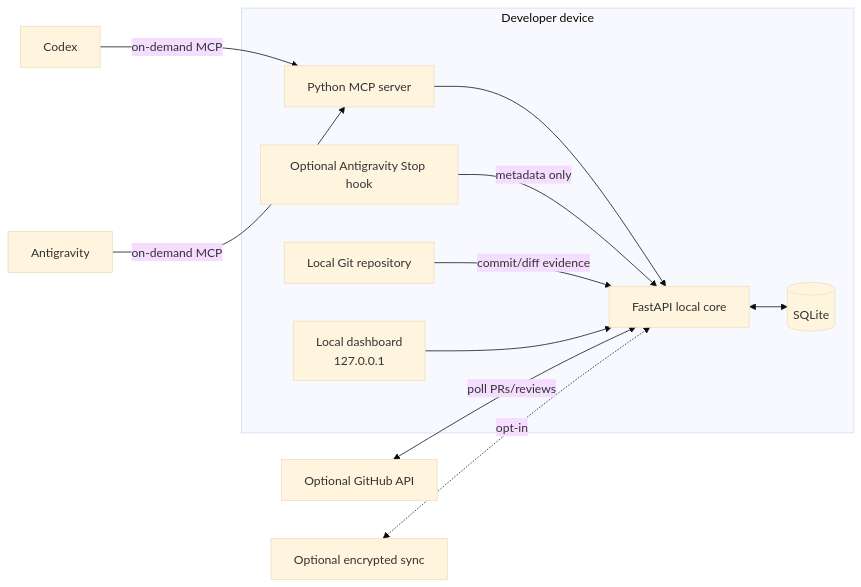
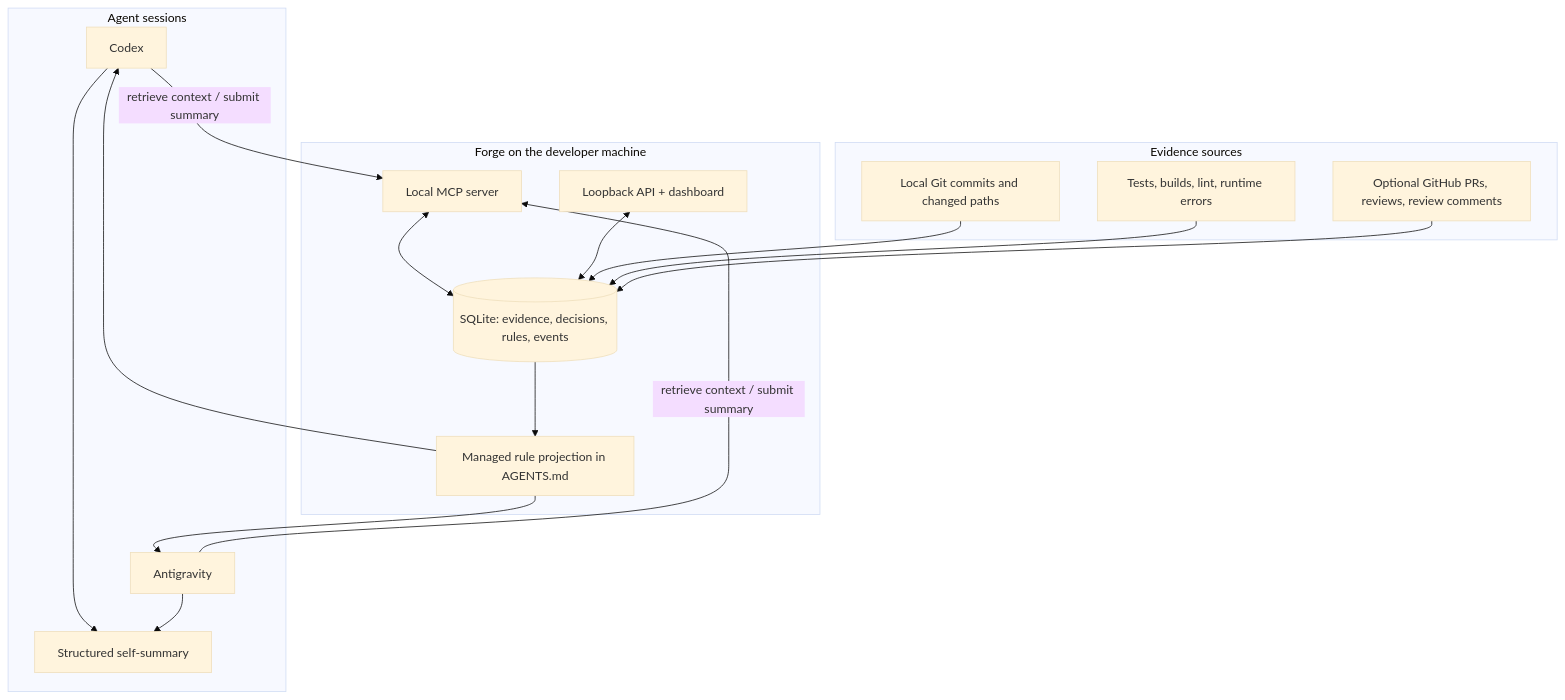
One commit to jeel1566/Forge changed the first of 2 diagrams in docs/ARCHITECTURE.md. Above: the diagram before and after it, drawn with Mermaid (base theme). The commit also changed other lines of this file and 40 other files, not shown here.

Commit message:
feat: harden local sync and document Forge v1

````diff
--- a/docs/ARCHITECTURE.md
+++ b/docs/ARCHITECTURE.md
@@ -5,20 +11,33 @@
 ```mermaid
-flowchart LR
-  subgraph Device[Developer device]
-    UI[Local dashboard\n127.0.0.1]
-    API[FastAPI local core]
-    DB[(SQLite)]
-    Git[Local Git repository]
-    MCP[Python MCP server]
-    Hook[Optional Antigravity Stop hook]
+flowchart TB
+  subgraph Agents[Agent sessions]
+    C[Codex]
+    A[Antigravity]
+    C --> S[Structured self-summary]
+    A --> S
   end
-  Codex[Codex] -->|on-demand MCP| MCP
-  Antigravity[Antigravity] -->|on-demand MCP| MCP
-  MCP --> API
-  Hook -->|metadata only| API
-  Git -->|commit/diff evidence| API
-  UI --> API
-  API <--> DB
-  GH[Optional GitHub API] <-->|poll PRs/reviews| API
-  Sync[Optional encrypted sync] <-. opt-in .-> API
+
+  subgraph Forge[Forge on the developer machine]
+    MCP[Local MCP server]
+    API[Loopback API + dashboard]
+    DB[(SQLite: evidence, decisions, rules, events)]
+    Rules[Managed rule projection in AGENTS.md]
+    MCP <--> DB
+    API <--> DB
+    DB --> Rules
+  end
+
+  subgraph Evidence[Evidence sources]
+    Git[Local Git commits and changed paths]
+    Checks[Tests, builds, lint, runtime errors]
+    GH[Optional GitHub PRs, reviews, review comments]
+  end
+
+  C -->|retrieve context / submit summary| MCP
+  A -->|retrieve context / submit summary| MCP
+  Git --> DB
+  Checks --> DB
+  GH --> DB
+  Rules --> C
+  Rules --> A
 ```
````
